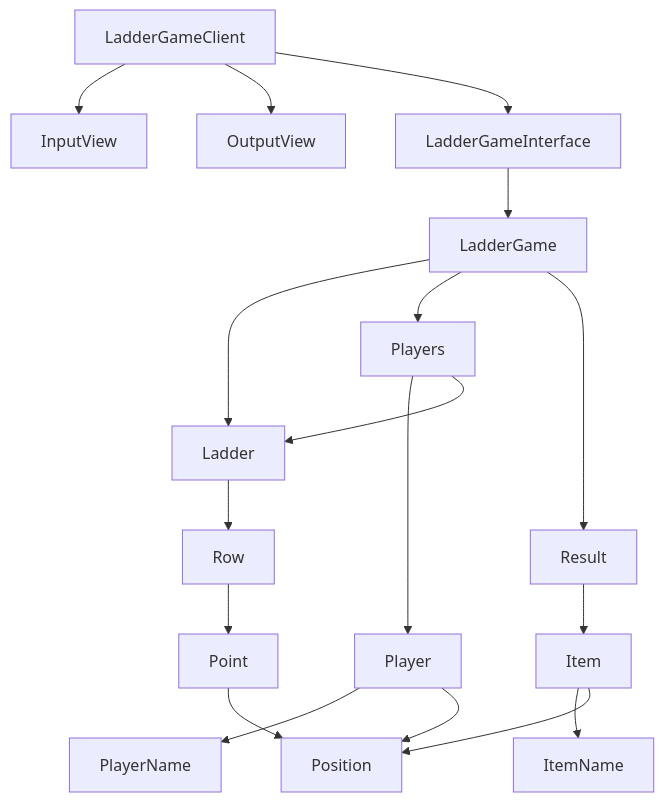
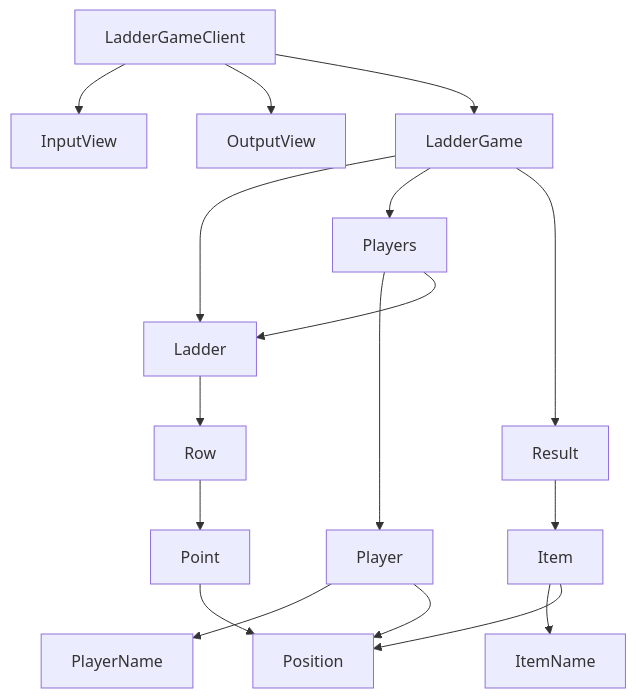
One commit to woowacourse/java-ladder changed the diagram in README.md. Above: the diagram before and after it, drawn with Mermaid. The commit also changed other lines of this file, not shown here.

````diff
--- a/README.md
+++ b/README.md
@@ -5,26 +5,24 @@
 ```mermaid
 graph TD
 
 LadderGameClient --> InputView
 LadderGameClient --> OutputView
-LadderGameClient --> LadderGameInterface
-
-LadderGameInterface --> LadderGame
+LadderGameClient --> LadderGame
 LadderGame -->Ladder
 Ladder --> Row
 Row --> Point
 
 LadderGame --> Players
 Players --> Player
 Player --> PlayerName
 Player --> Position
 Players --> Ladder
 
 LadderGame --> Result
 Result --> Item
 Item --> ItemName
 Item --> Position
 
 Point --> Position
 
 ```
````
